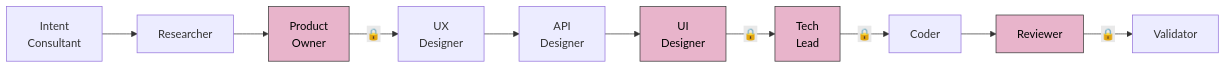
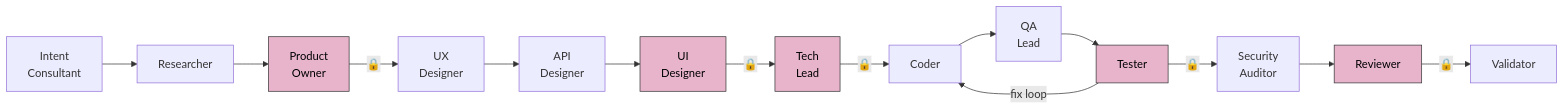
One commit to ZB-ur/mosaicat changed the first of 3 diagrams in README.md. Above: the diagram before and after it, drawn with Mermaid. The commit also changed other lines of this file, not shown here.

````diff
--- a/README.md
+++ b/README.md
@@ -155,17 +171,22 @@
 ```mermaid
 graph LR
     IC[Intent<br/>Consultant] --> R[Researcher]
     R --> PO[Product<br/>Owner]
     PO -->|"🔒"| UX[UX<br/>Designer]
     UX --> API[API<br/>Designer]
     API --> UI[UI<br/>Designer]
     UI -->|"🔒"| TL[Tech<br/>Lead]
     TL -->|"🔒"| C[Coder]
-    C --> RV[Reviewer]
+    C --> QA[QA<br/>Lead]
+    QA --> T[Tester]
+    T -->|"fix loop"| C
+    T -->|"🔒"| SA[Security<br/>Auditor]
+    SA --> RV[Reviewer]
     RV -->|"🔒"| V[Validator]
 
     style PO fill:#e8b4cb,stroke:#333,color:#000
     style UI fill:#e8b4cb,stroke:#333,color:#000
     style TL fill:#e8b4cb,stroke:#333,color:#000
+    style T fill:#e8b4cb,stroke:#333,color:#000
     style RV fill:#e8b4cb,stroke:#333,color:#000
 ```
````
